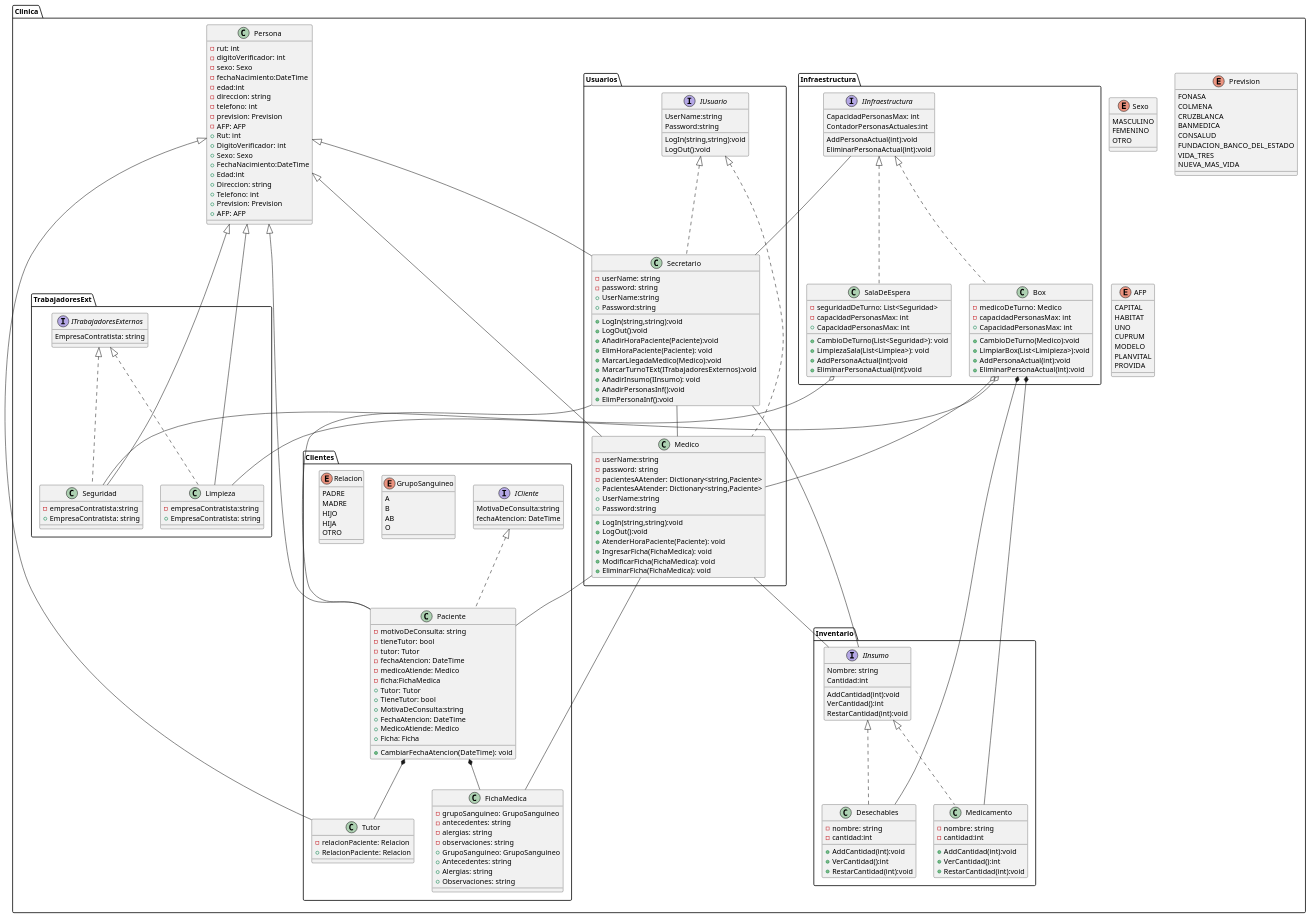
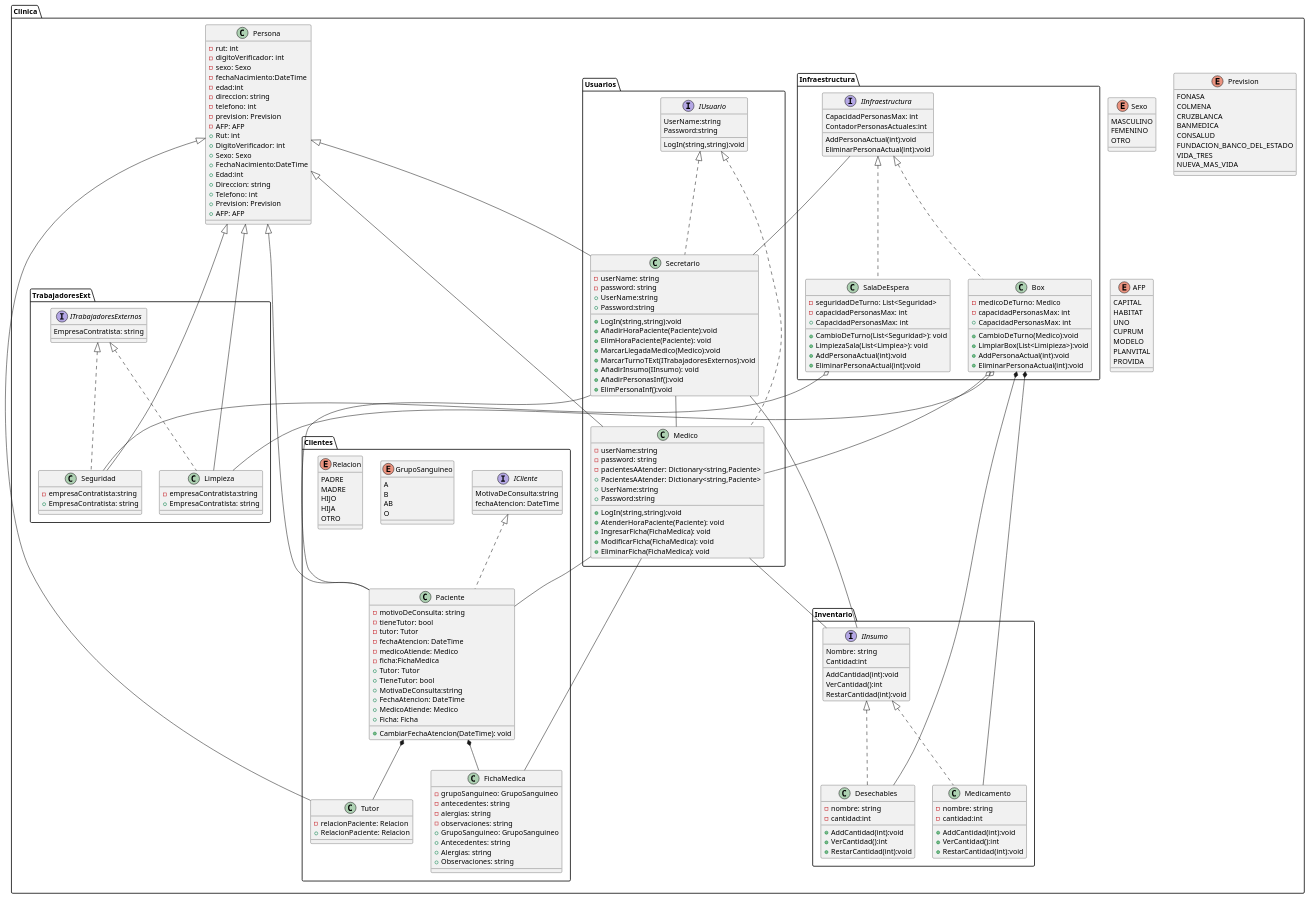
Before and after one commit to ecadiz123/ProyectoAvaloniaProgra2: the diagram in consultorio.puml, drawn with PlantUML. The commit also changed 11 other files, not shown here.

Commit message:
Mod Clases y UML

```diff
--- a/consultorio.puml
+++ b/consultorio.puml
@@ -152,7 +152,6 @@
             interface IUsuario
             {
                 LogIn(string,string):void
-                LogOut():void
                 UserName:string
                 Password:string
             }
@@ -160,7 +159,6 @@
                 -userName: string
                 -password: string
                 + LogIn(string,string):void
-                + LogOut():void
                 + UserName:string
                 + Password:string
                 + AñadirHoraPaciente(Paciente):void
@@ -179,7 +177,6 @@
                 - pacientesAAtender: Dictionary<string,Paciente>
                 + PacientesAAtender: Dictionary<string,Paciente>
                 + LogIn(string,string):void
-                + LogOut():void
                 + UserName:string
                 + Password:string
                 + AtenderHoraPaciente(Paciente): void
```
